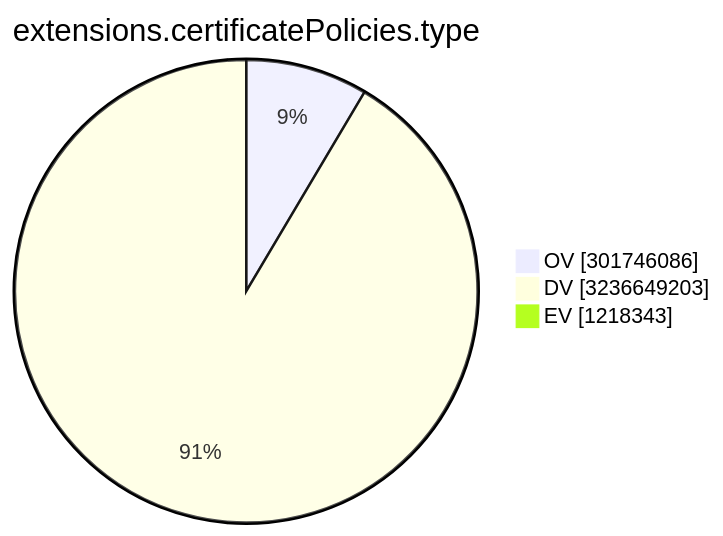
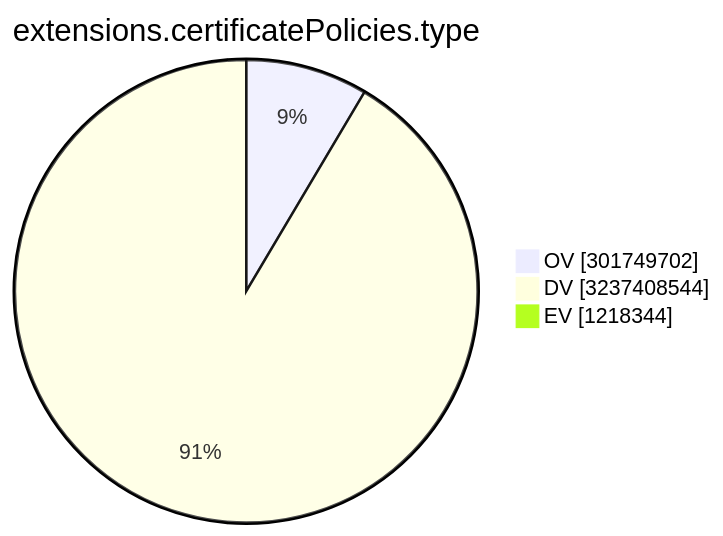
One commit to christiankrug/ctmonitor_visualization changed the ninth of 15 diagrams in TOTAL/README.md. Above: the diagram before and after it, drawn with Mermaid. The commit also changed other lines of this file, not shown here.

````diff
--- a/TOTAL/README.md
+++ b/TOTAL/README.md
@@ -3107,7 +3107,7 @@
 ```mermaid
 pie showData
 title extensions.certificatePolicies.type
-"OV" :301746086
-"DV" :3236649203
-"EV" :1218343
+"OV" :301749702
+"DV" :3237408544
+"EV" :1218344
 ```
````
